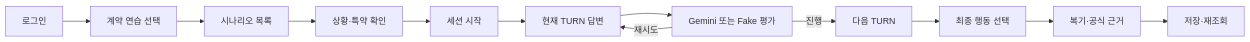
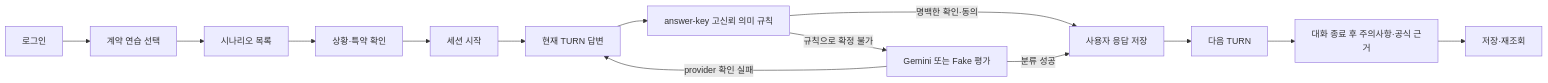
The diagram in docs/planning/practice-simulation-work-guide.md (coding-jhj/Lease-Companion), drawn with Mermaid before and after one commit. The commit also changed other lines of this file and 44 other files, not shown here.

````diff
--- a/docs/planning/practice-simulation-work-guide.md
+++ b/docs/planning/practice-simulation-work-guide.md
@@ -19,14 +19,16 @@
 ```mermaid
 flowchart LR
     A[로그인] --> B[계약 연습 선택]
     B --> C[시나리오 목록]
     C --> D[상황·특약 확인]
     D --> E[세션 시작]
     E --> F[현재 TURN 답변]
-    F --> G[Gemini 또는 Fake 평가]
-    G -->|진행| H[다음 TURN]
-    G -->|재시도| F
-    H --> I[최종 행동 선택]
-    I --> J[복기·공식 근거]
-    J --> K[저장·재조회]
+    F --> G[answer-key 고신뢰 의미 규칙]
+    G -->|명백한 확인·동의| H[사용자 응답 저장]
+    G -->|규칙으로 확정 불가| I[Gemini 또는 Fake 평가]
+    I -->|분류 성공| H
+    I -->|provider 확인 실패| F
+    H --> J[다음 TURN]
+    J --> K[대화 종료 후 주의사항·공식 근거]
+    K --> L[저장·재조회]
 ```
````
